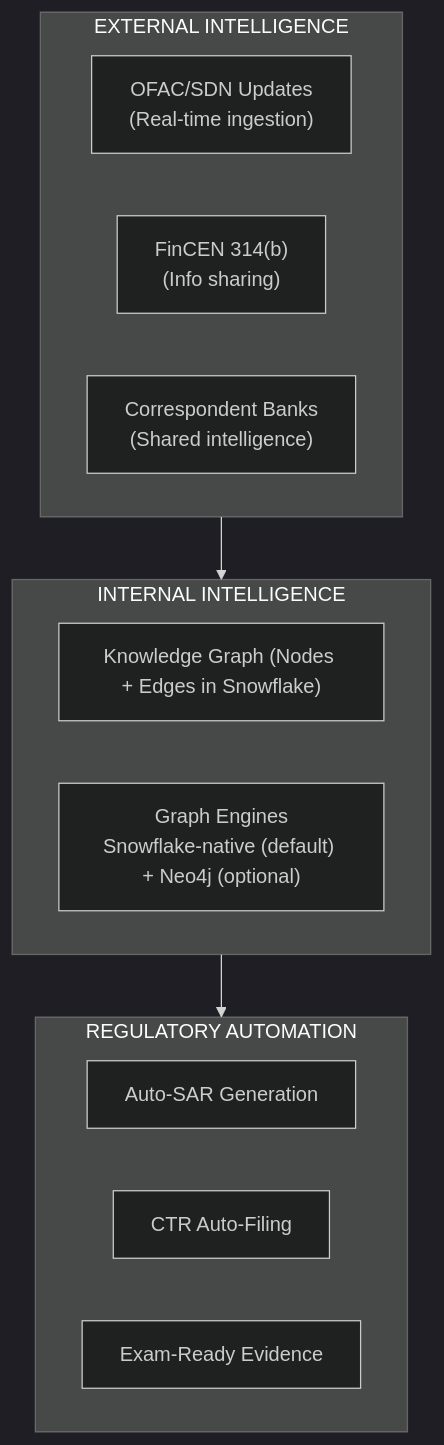
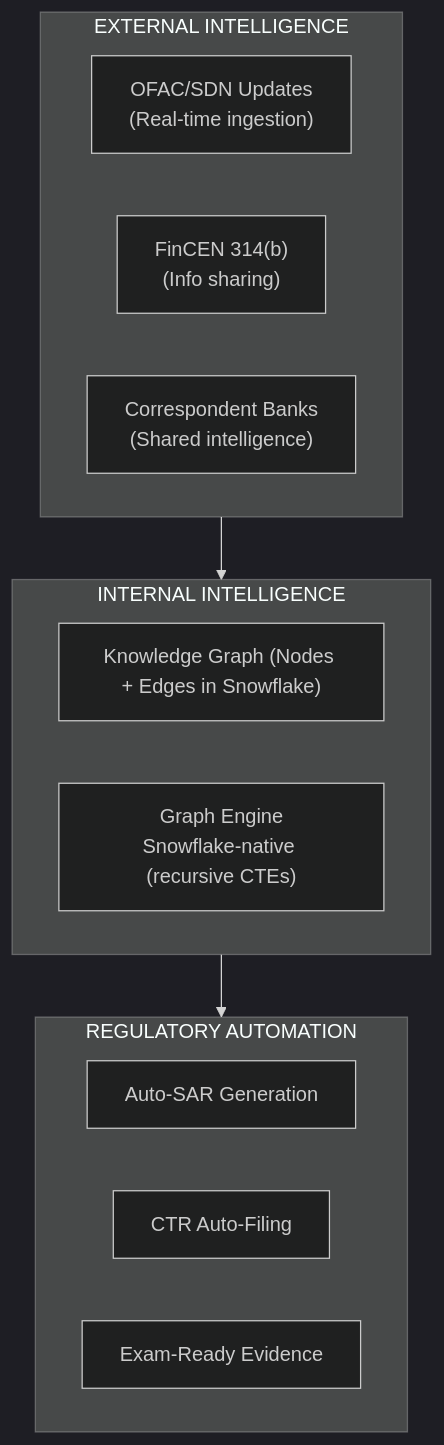
Before and after one commit to sfc-gh-smitchener-1/snowflake-dca-fullstack-demo: the third of 3 diagrams in industry-demos/fintech/ARCHITECTURE_STRATEGY.md, drawn with Mermaid (dark theme). The commit also changed other lines of this file and 149 other files, not shown here.

````diff
--- a/industry-demos/fintech/ARCHITECTURE_STRATEGY.md
+++ b/industry-demos/fintech/ARCHITECTURE_STRATEGY.md
@@ -72,19 +71,19 @@
 ```mermaid
 flowchart TB
     subgraph INTERNAL["INTERNAL INTELLIGENCE"]
         GRAPH["Knowledge Graph (Nodes + Edges in Snowflake)"]
-        ENG["Graph Engines\nSnowflake-native (default) + Neo4j (optional)"]
+        ENG["Graph Engine\nSnowflake-native (recursive CTEs)"]
     end
     subgraph EXTERNAL["EXTERNAL INTELLIGENCE"]
         OFAC["OFAC/SDN Updates\n(Real-time ingestion)"]
         FINCEN["FinCEN 314(b)\n(Info sharing)"]
         PARTNER["Correspondent Banks\n(Shared intelligence)"]
     end
     subgraph REGULATORY["REGULATORY AUTOMATION"]
         SAR_AUTO["Auto-SAR Generation"]
         CTR["CTR Auto-Filing"]
         EXAM["Exam-Ready Evidence"]
     end
     INTERNAL --> REGULATORY
     EXTERNAL --> INTERNAL
 ```
````
